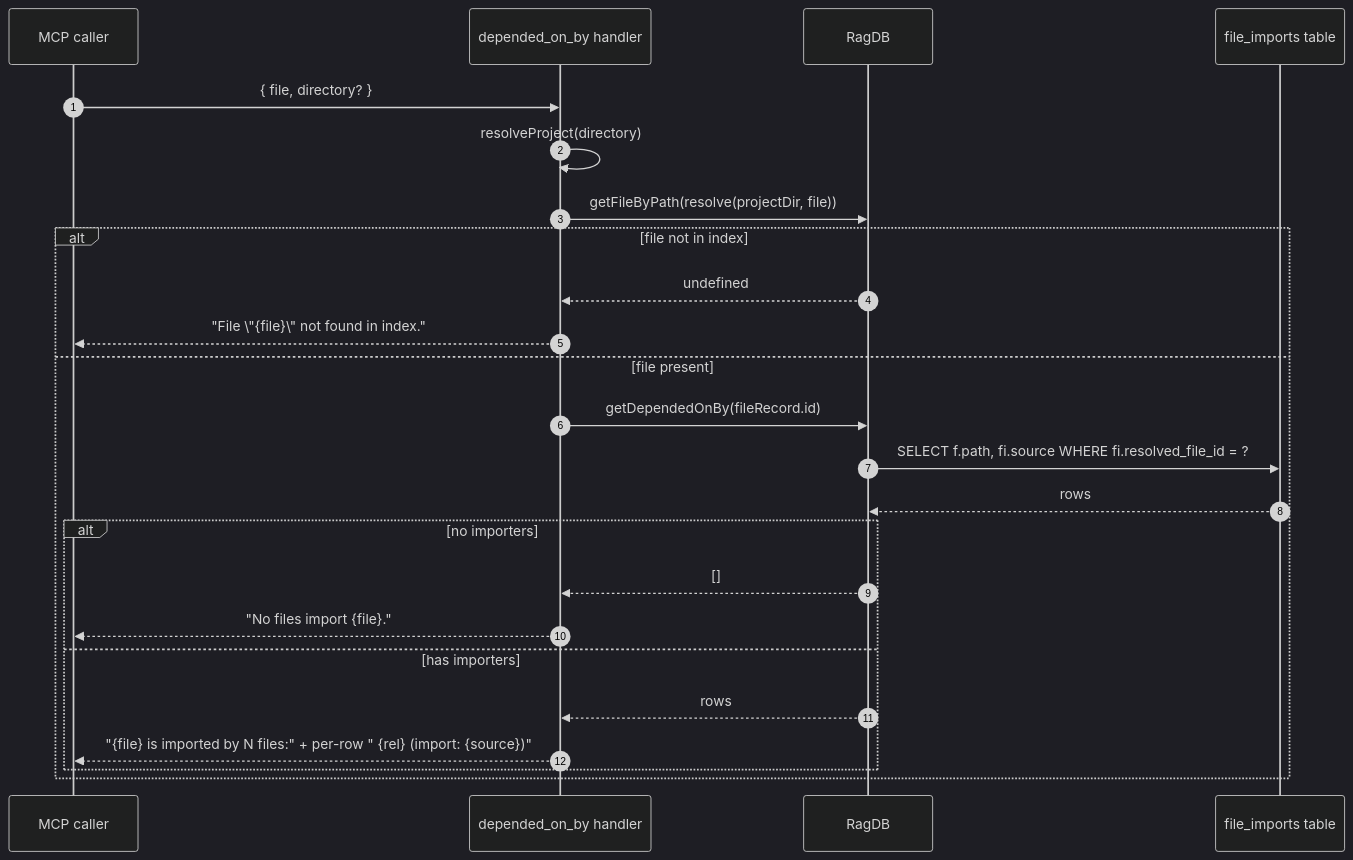
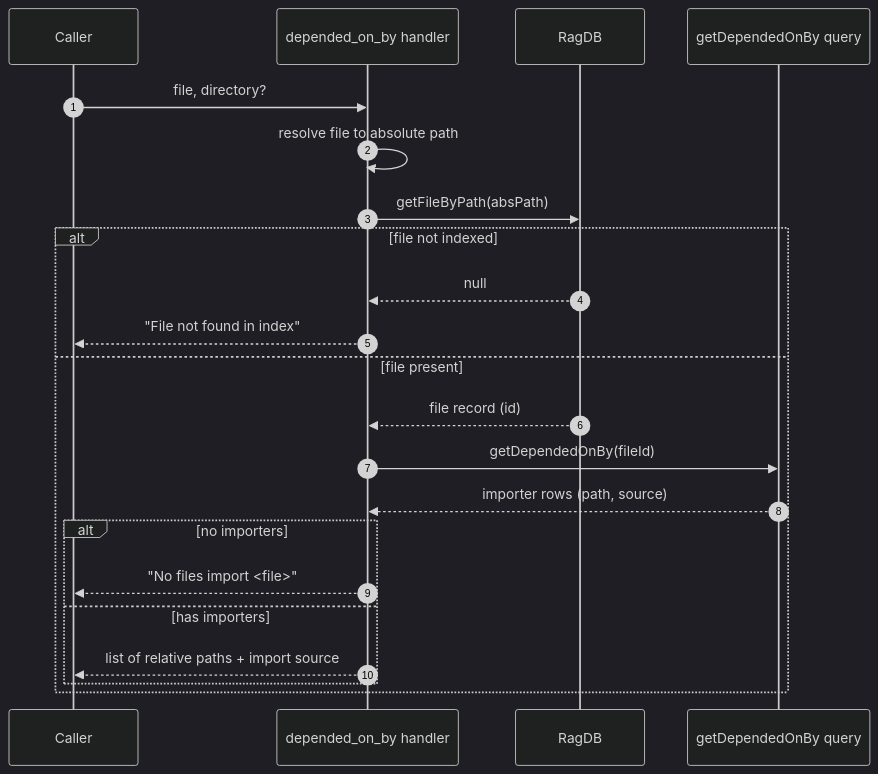
The diagram in wiki/tools/depended-on-by.md (TheWinci/mimirs), drawn with Mermaid (dark theme) before and after one commit. The commit also changed other lines of this file and 52 other files, not shown here.

````diff
--- a/wiki/tools/depended-on-by.md
+++ b/wiki/tools/depended-on-by.md
@@ -15,26 +9,25 @@
 ```mermaid
 sequenceDiagram
     autonumber
-    participant Caller as MCP caller
+    participant Caller
     participant Handler as depended_on_by handler
     participant DB as RagDB
-    participant Imports as file_imports table
-    Caller->>Handler: { file, directory? }
-    Handler->>Handler: resolveProject(directory)
-    Handler->>DB: getFileByPath(resolve(projectDir, file))
-    alt file not in index
-        DB-->>Handler: undefined
-        Handler-->>Caller: "File \"{file}\" not found in index."
+    participant Graph as getDependedOnBy query
+
+    Caller->>Handler: file, directory?
+    Handler->>Handler: resolve file to absolute path
+    Handler->>DB: getFileByPath(absPath)
+    alt file not indexed
+        DB-->>Handler: null
+        Handler-->>Caller: "File not found in index"
     else file present
-        Handler->>DB: getDependedOnBy(fileRecord.id)
-        DB->>Imports: SELECT f.path, fi.source WHERE fi.resolved_file_id = ?
-        Imports-->>DB: rows
+        DB-->>Handler: file record (id)
+        Handler->>Graph: getDependedOnBy(fileId)
+        Graph-->>Handler: importer rows (path, source)
         alt no importers
-            DB-->>Handler: []
-            Handler-->>Caller: "No files import {file}."
+            Handler-->>Caller: "No files import <file>"
         else has importers
-            DB-->>Handler: rows
-            Handler-->>Caller: "{file} is imported by N files:" + per-row "  {rel}  (import: {source})"
+            Handler-->>Caller: list of relative paths + import source
         end
     end
 ```
````
